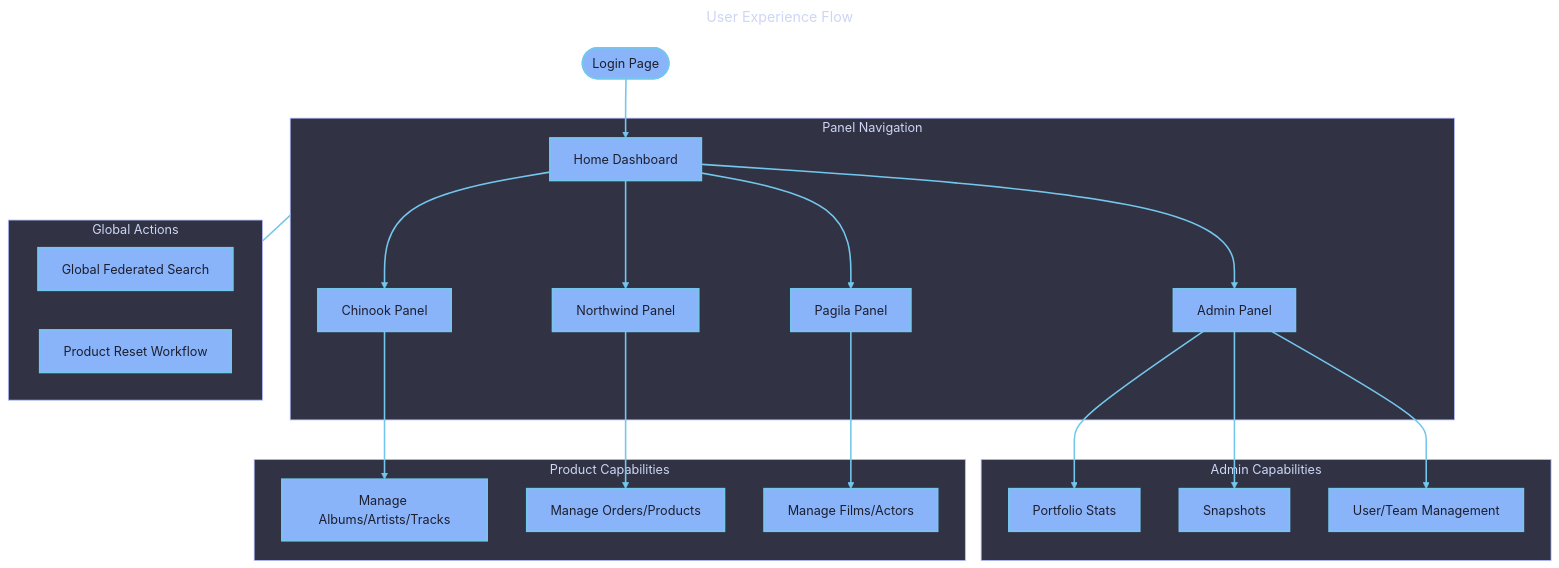
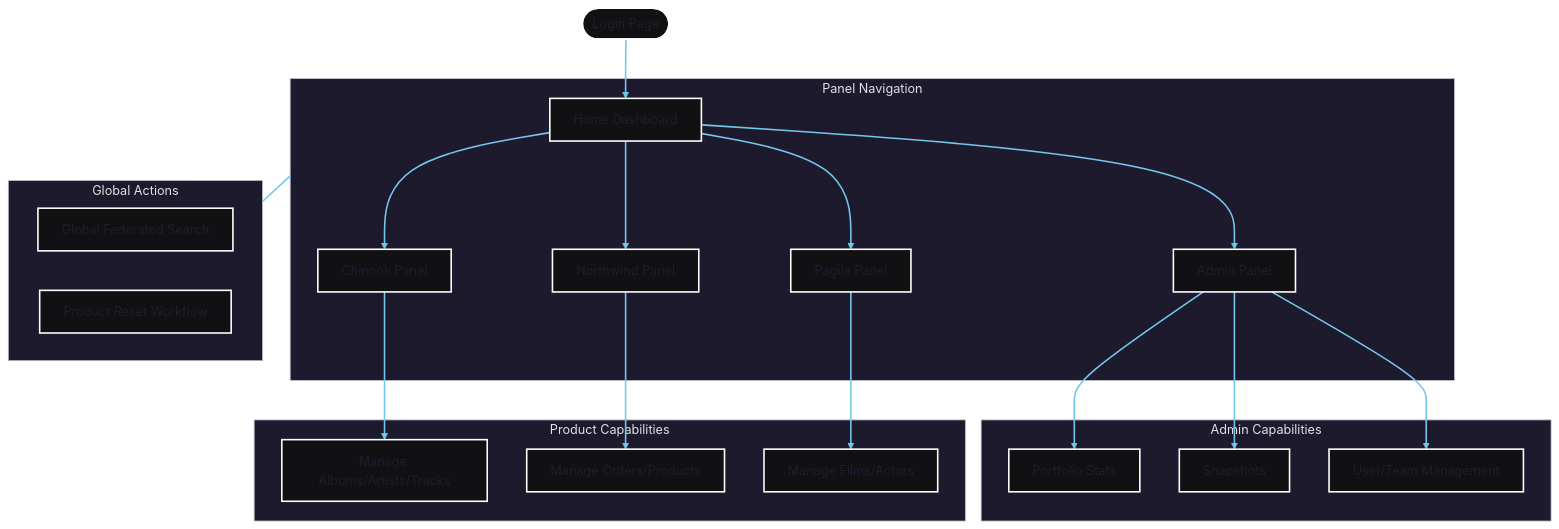
One commit to s-a-c/samples-20260717 changed the diagram in docs/12-design/1207-ux-design.md. Above: the diagram before and after it, drawn with Mermaid. The commit also changed other lines of this file and 2157 other files, not shown here.

````diff
--- a/docs/12-design/1207-ux-design.md
+++ b/docs/12-design/1207-ux-design.md
@@ -82,62 +81,42 @@
 ```mermaid
 ---
-title: User Experience Flow
 config:
   theme: redux-dark-color
   themeVariables:
     background: "#1e1e2e"
     primaryColor: "#89b4fa"
     primaryTextColor: "#1e1e2e"
     primaryBorderColor: "#74c7ec"
     lineColor: "#74c7ec"
-    secondaryColor: "#cba6f7"
-    secondaryTextColor: "#1e1e2e"
-    secondaryBorderColor: "#b4befe"
-    tertiaryColor: "#94e2d5"
-    tertiaryTextColor: "#1e1e2e"
-    tertiaryBorderColor: "#89dceb"
-    mainBkg: "#89b4fa"
-    secondBkg: "#cba6f7"
-    tertiaryBkg: "#94e2d5"
     textColor: "#cdd6f4"
-    nodeBorder: "#74c7ec"
-    clusterBkg: "#313244"
-    clusterBorder: "#b4befe"
-    edgeLabelBackground: "#1e1e2e"
-    titleColor: "#cdd6f4"
     fontSize: 16px
-  themeCSS: |
-    .node rect, .node circle, .node ellipse, .node polygon, .node path { stroke-width: 2px !important; }
-    .edgePath .path { stroke-width: 2px !important; }
-    .label { font-weight: bold !important; }
-    .edgeLabel { background-color: #1e1e2e !important; }
 ---
 flowchart TD
     Login([Login Page]) --> Dash[Home Dashboard]
 
     subgraph Panels["Panel Navigation"]
         Dash --> Admin[Admin Panel]
         Dash --> Chinook[Chinook Panel]
         Dash --> Northwind[Northwind Panel]
         Dash --> Pagila[Pagila Panel]
     end
 
     subgraph AdminFeatures["Admin Capabilities"]
         Admin --> Stats[Portfolio Stats]
         Admin --> Snapshots[Snapshots]
         Admin --> Users[User/Team Management]
     end
 
     subgraph ProductFeatures["Product Capabilities"]
         Chinook --> CResources[Manage Albums/Artists/Tracks]
         Northwind --> NResources[Manage Orders/Products]
         Pagila --> PResources[Manage Films/Actors]
     end
 
     subgraph Global["Global Actions"]
         Search[Global Federated Search]
         Reset[Product Reset Workflow]
     end
 
     Panels --- Global
 ```
````
